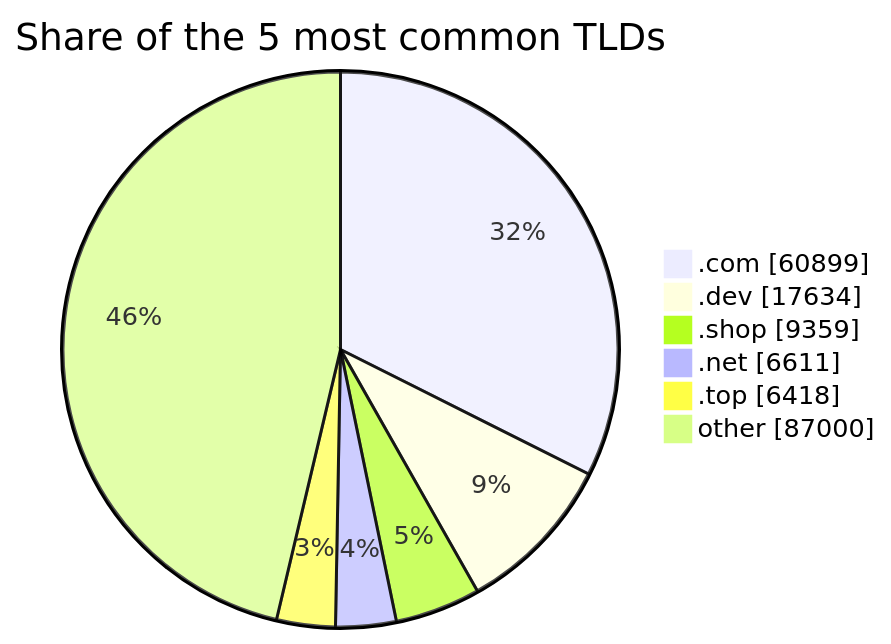
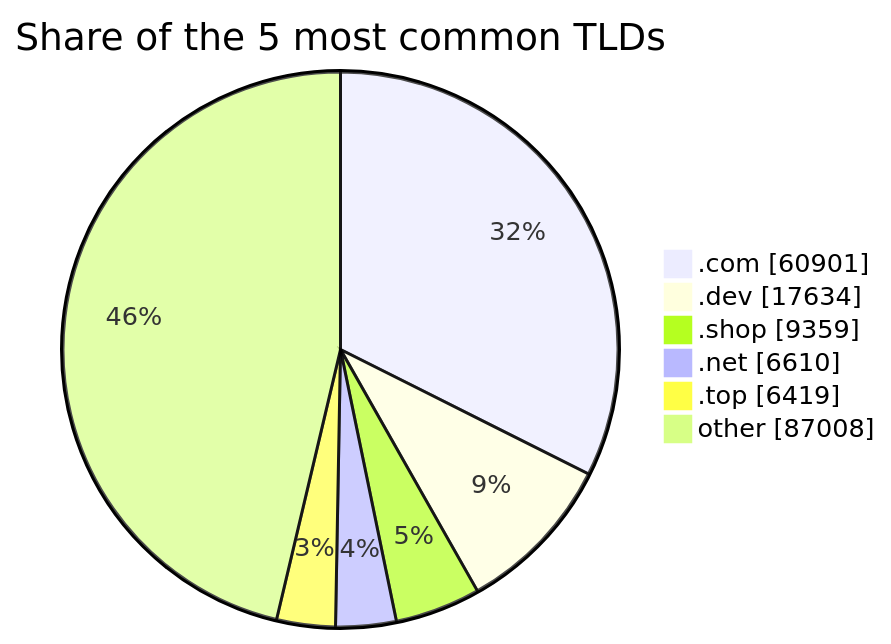
Before and after one commit to DNSBunker/CTI: the third of 3 diagrams in README.md, drawn with Mermaid. The commit also changed other lines of this file and 3 other files, not shown here.

````diff
--- a/README.md
+++ b/README.md
@@ -81,9 +81,9 @@
 ```mermaid
 pie showData title Share of the 5 most common TLDs
-    ".com" : 60899
+    ".com" : 60901
     ".dev" : 17634
     ".shop" : 9359
-    ".net" : 6611
-    ".top" : 6418
-    "other" : 87000
+    ".net" : 6610
+    ".top" : 6419
+    "other" : 87008
 ```
````
